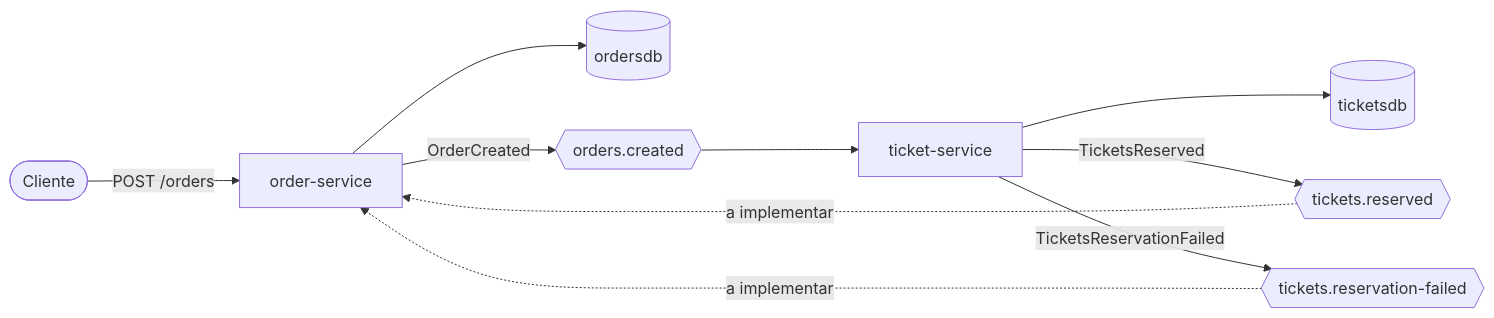
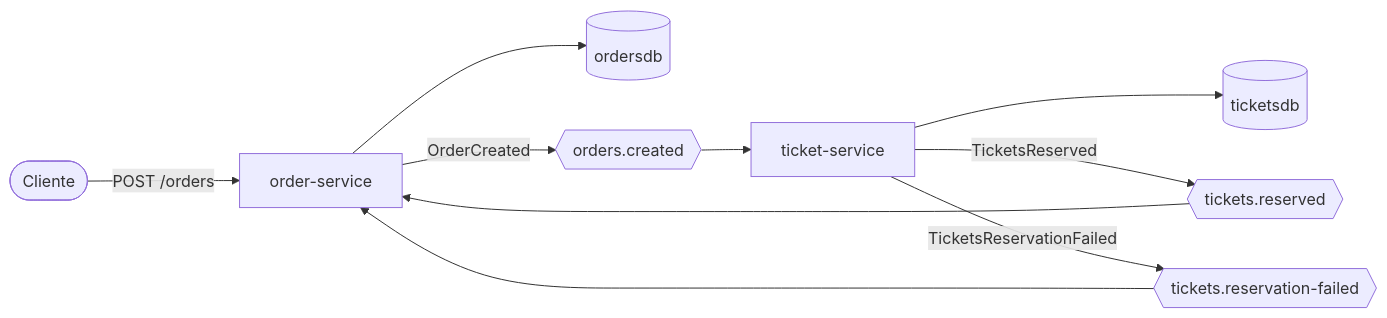
The diagram in README.md (jaythan-dev/ticketing-project), drawn with Mermaid before and after one commit. The commit also changed other lines of this file and 6 other files, not shown here.

````diff
--- a/README.md
+++ b/README.md
@@ -9,12 +9,12 @@
 ```mermaid
 flowchart LR
     Client(["Cliente"]) -->|"POST /orders"| OS["order-service"]
     OS --> ODB[("ordersdb")]
     OS -->|"OrderCreated"| T1{{"orders.created"}}
     T1 --> TS["ticket-service"]
     TS --> TDB[("ticketsdb")]
     TS -->|"TicketsReserved"| T2{{"tickets.reserved"}}
     TS -->|"TicketsReservationFailed"| T3{{"tickets.reservation-failed"}}
-    T2 -.->|"a implementar"| OS
-    T3 -.->|"a implementar"| OS
+    T2 --> OS
+    T3 --> OS
 ```
````
